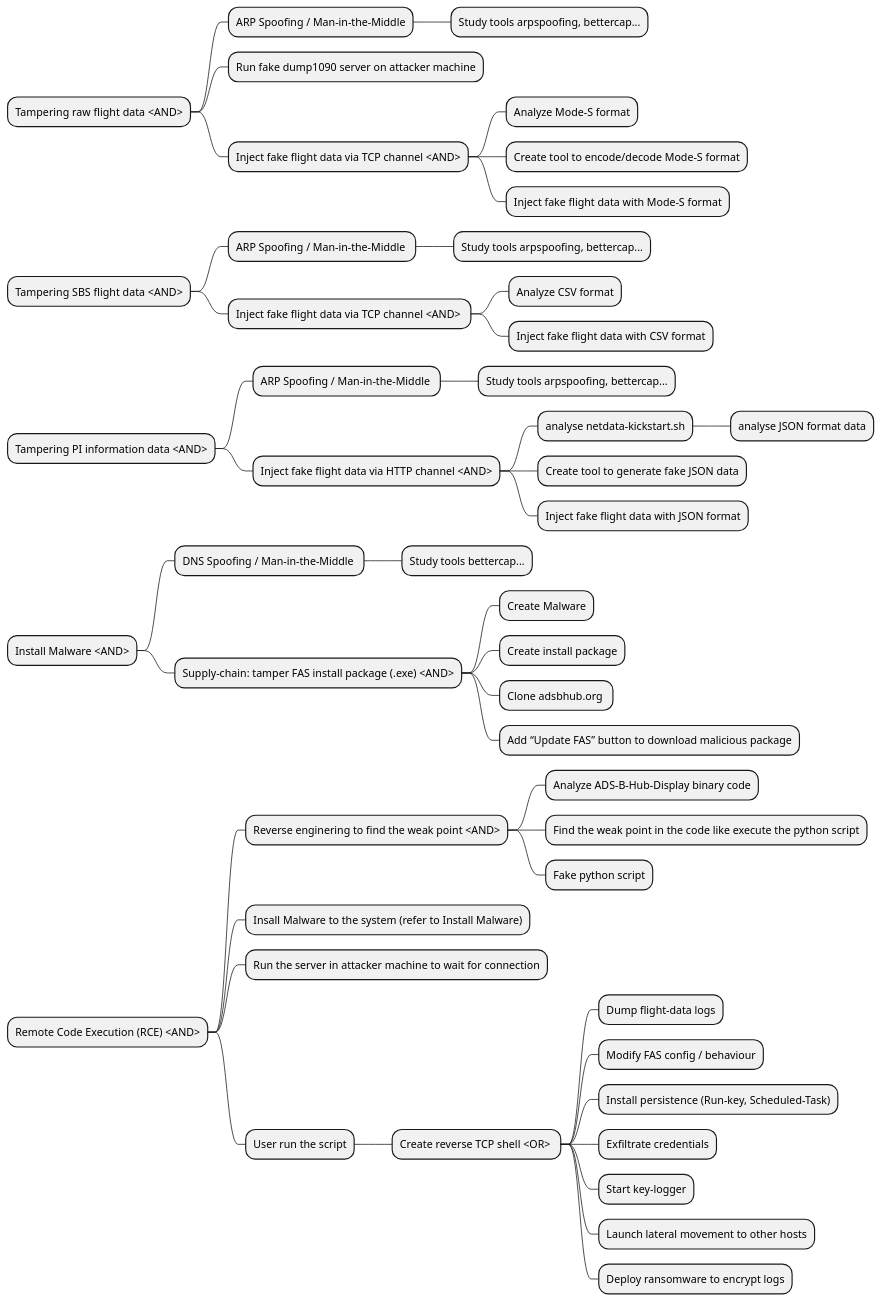
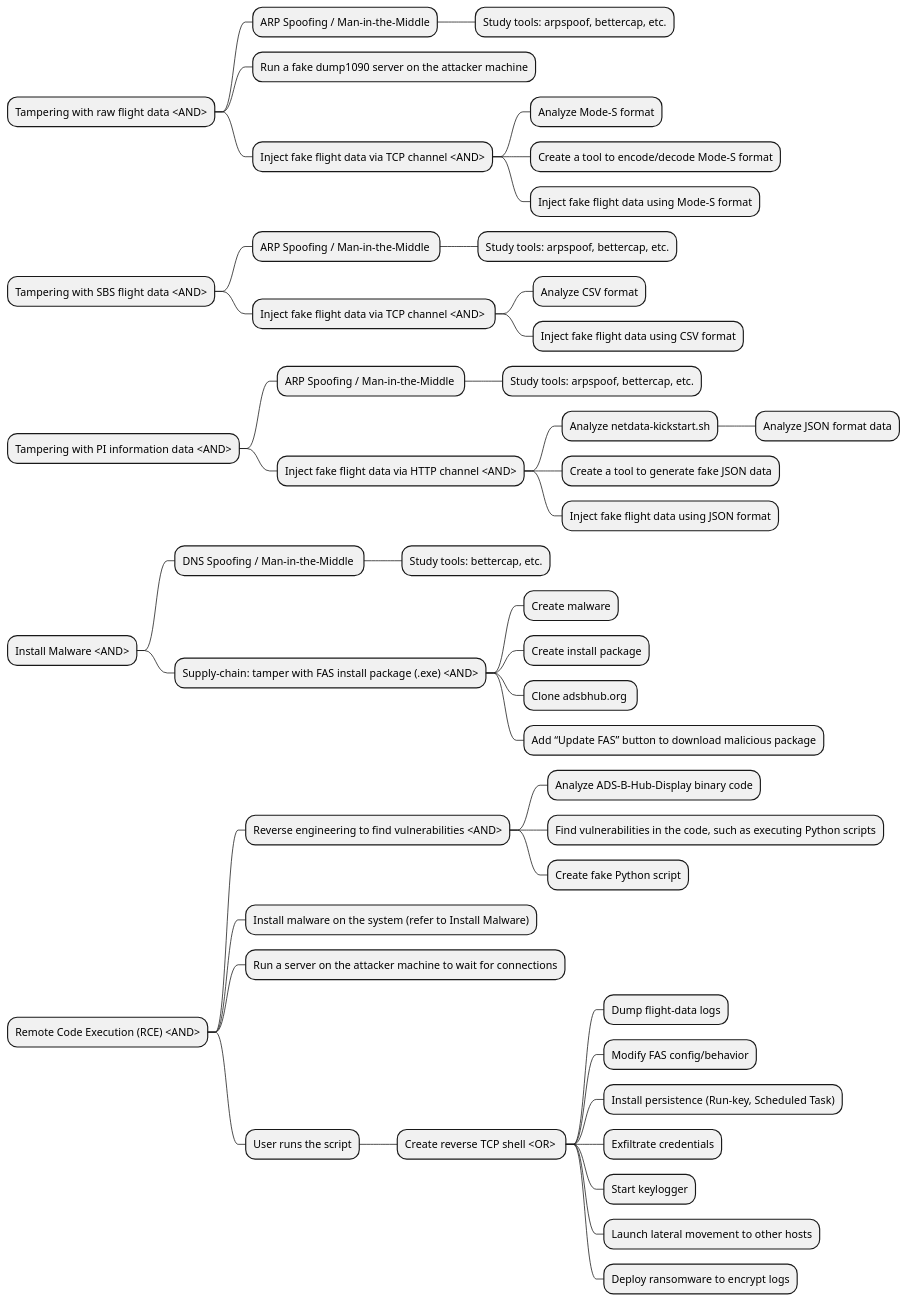
Before and after one commit to phuongtuan1803/security_course: the diagram in attacked_tree.puml, drawn with PlantUML. The commit also changed other lines of this file, not shown here.

```diff
--- a/attacked_tree.puml
+++ b/attacked_tree.puml
@@ -2,53 +1,53 @@
 @startmindmap
 
-* Tampering raw flight data <AND>
+* Tampering with raw flight data <AND>
 ** ARP Spoofing / Man-in-the-Middle
-*** Study tools arpspoofing, bettercap...
-** Run fake dump1090 server on attacker machine
+*** Study tools: arpspoof, bettercap, etc.
+** Run a fake dump1090 server on the attacker machine
 ** Inject fake flight data via TCP channel <AND>
 *** Analyze Mode-S format
-*** Create tool to encode/decode Mode-S format
-*** Inject fake flight data with Mode-S format
+*** Create a tool to encode/decode Mode-S format
+*** Inject fake flight data using Mode-S format
  
-* Tampering SBS flight data <AND>
+* Tampering with SBS flight data <AND>
 ** ARP Spoofing / Man-in-the-Middle 
-*** Study tools arpspoofing, bettercap...
+*** Study tools: arpspoof, bettercap, etc.
 ** Inject fake flight data via TCP channel <AND> 
 *** Analyze CSV format
-*** Inject fake flight data with CSV format
+*** Inject fake flight data using CSV format
 
-* Tampering PI information data <AND>
+* Tampering with PI information data <AND>
 ** ARP Spoofing / Man-in-the-Middle 
-*** Study tools arpspoofing, bettercap...
+*** Study tools: arpspoof, bettercap, etc.
 ** Inject fake flight data via HTTP channel <AND>
-*** analyse netdata-kickstart.sh
-**** analyse JSON format data
-*** Create tool to generate fake JSON data
-*** Inject fake flight data with JSON format
+*** Analyze netdata-kickstart.sh
+**** Analyze JSON format data
+*** Create a tool to generate fake JSON data
+*** Inject fake flight data using JSON format
 
 * Install Malware <AND>
 ** DNS Spoofing / Man-in-the-Middle 
-*** Study tools bettercap...
-** Supply-chain: tamper FAS install package (.exe) <AND>
-*** Create Malware
+*** Study tools: bettercap, etc.
+** Supply-chain: tamper with FAS install package (.exe) <AND>
+*** Create malware
 *** Create install package
 *** Clone adsbhub.org 
 *** Add “Update FAS” button to download malicious package
 
 * Remote Code Execution (RCE) <AND>
-** Reverse enginering to find the weak point <AND>
+** Reverse engineering to find vulnerabilities <AND>
 *** Analyze ADS-B-Hub-Display binary code
-*** Find the weak point in the code like execute the python script
-*** Fake python script
-** Insall Malware to the system (refer to Install Malware)
-** Run the server in attacker machine to wait for connection
-** User run the script
+*** Find vulnerabilities in the code, such as executing Python scripts
+*** Create fake Python script
+** Install malware on the system (refer to Install Malware)
+** Run a server on the attacker machine to wait for connections
+** User runs the script
 ***  Create reverse TCP shell <OR> 
 **** Dump flight-data logs
-**** Modify FAS config / behaviour
-**** Install persistence (Run-key, Scheduled-Task)
+**** Modify FAS config/behavior
+**** Install persistence (Run-key, Scheduled Task)
 **** Exfiltrate credentials
-**** Start key-logger
+**** Start keylogger
 **** Launch lateral movement to other hosts
 **** Deploy ransomware to encrypt logs
 @endmindmap
```
